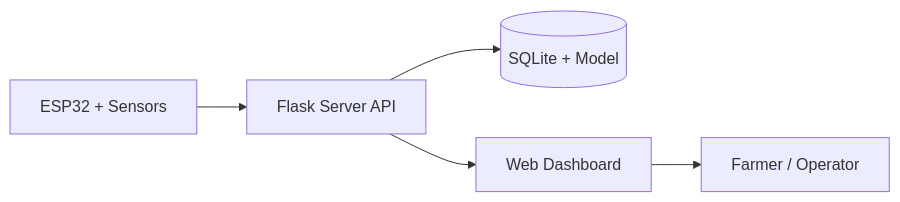
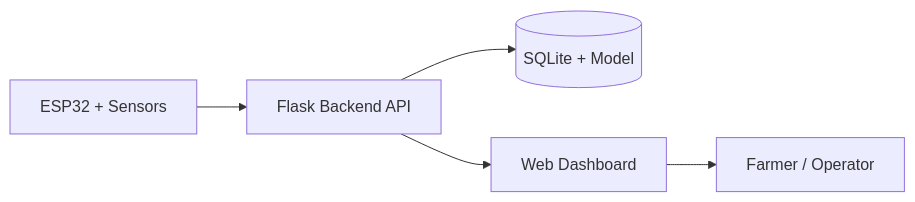
The diagram in README.md (abhibitasanya/Smartplant), drawn with Mermaid before and after one commit. The commit also changed other lines of this file, not shown here.

````diff
--- a/README.md
+++ b/README.md
@@ -42,7 +42,7 @@
 ```mermaid
 flowchart LR
-  ESP32[ESP32 + Sensors] --> API[Flask Server API]
+  ESP32[ESP32 + Sensors] --> API[Flask Backend API]
   API --> DB[(SQLite + Model)]
   API --> UI[Web Dashboard]
   UI --> Farmer[Farmer / Operator]
 ```
````
